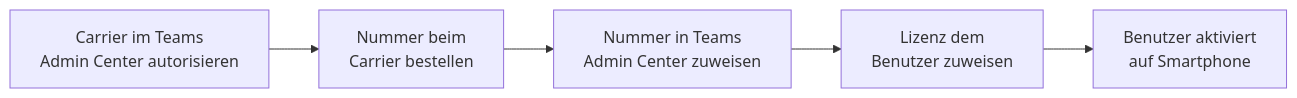
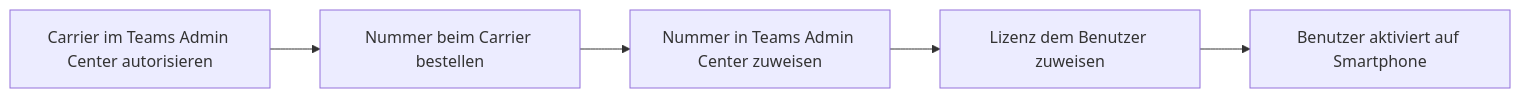
One commit to SoniiiT/notes-n-docs changed the second of 2 diagrams in Microsoft 365/Teams/Teams Phone Mobile.md. Above: the diagram before and after it, drawn with Mermaid. The commit also changed other lines of this file and 124 other files, not shown here.

First line of the commit message:
fix: Entferne \n aus allen Mermaid-Diagrammen (125 Dateien)

````diff
--- a/Microsoft 365/Teams/Teams Phone Mobile.md
+++ b/Microsoft 365/Teams/Teams Phone Mobile.md
@@ -123,7 +123,7 @@
 ```mermaid
 graph LR
-    A[Carrier im Teams\nAdmin Center autorisieren] --> B[Nummer beim\nCarrier bestellen]
-    B --> C[Nummer in Teams\nAdmin Center zuweisen]
-    C --> D[Lizenz dem\nBenutzer zuweisen]
-    D --> E[Benutzer aktiviert\nauf Smartphone]
+    A[Carrier im Teams Admin Center autorisieren] --> B[Nummer beim Carrier bestellen]
+    B --> C[Nummer in Teams Admin Center zuweisen]
+    C --> D[Lizenz dem Benutzer zuweisen]
+    D --> E[Benutzer aktiviert auf Smartphone]
 ```
````
